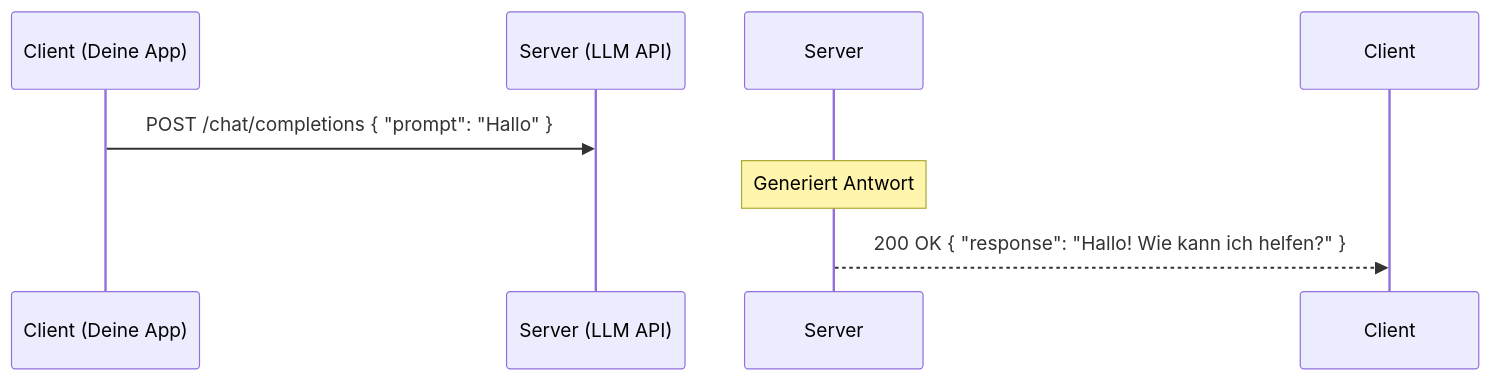
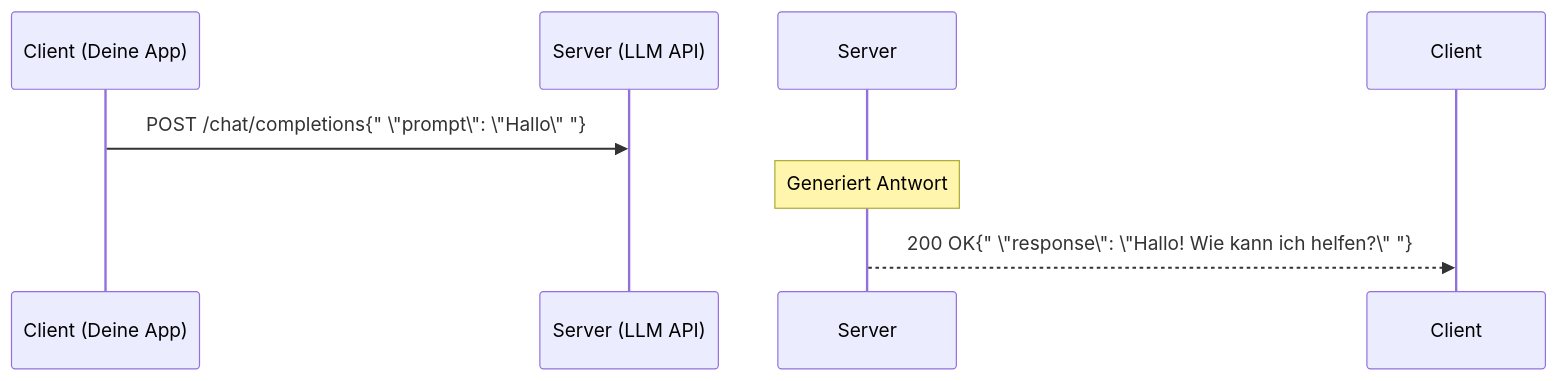
Before and after one commit to thorstenkloehn/dokument: the second of 7 diagrams in docs/künstliche-intelligenz/coding/ki-anwendungen-programmieren.md, drawn with Mermaid. The commit also changed 32 other files, not shown here.

````diff
--- a/docs/künstliche-intelligenz/coding/ki-anwendungen-programmieren.md
+++ b/docs/künstliche-intelligenz/coding/ki-anwendungen-programmieren.md
@@ -71,6 +71,6 @@
 ```mermaid
 sequenceDiagram
-    Client (Deine App) ->> Server (LLM API): POST /chat/completions { "prompt": "Hallo" }
+    Client (Deine App) ->> Server (LLM API): POST /chat/completions{" \"prompt\": \"Hallo\" "}
     Note over Server: Generiert Antwort
-    Server -->> Client: 200 OK { "response": "Hallo! Wie kann ich helfen?" }
+    Server -->> Client: 200 OK{" \"response\": \"Hallo! Wie kann ich helfen?\" "}
 ```
````
